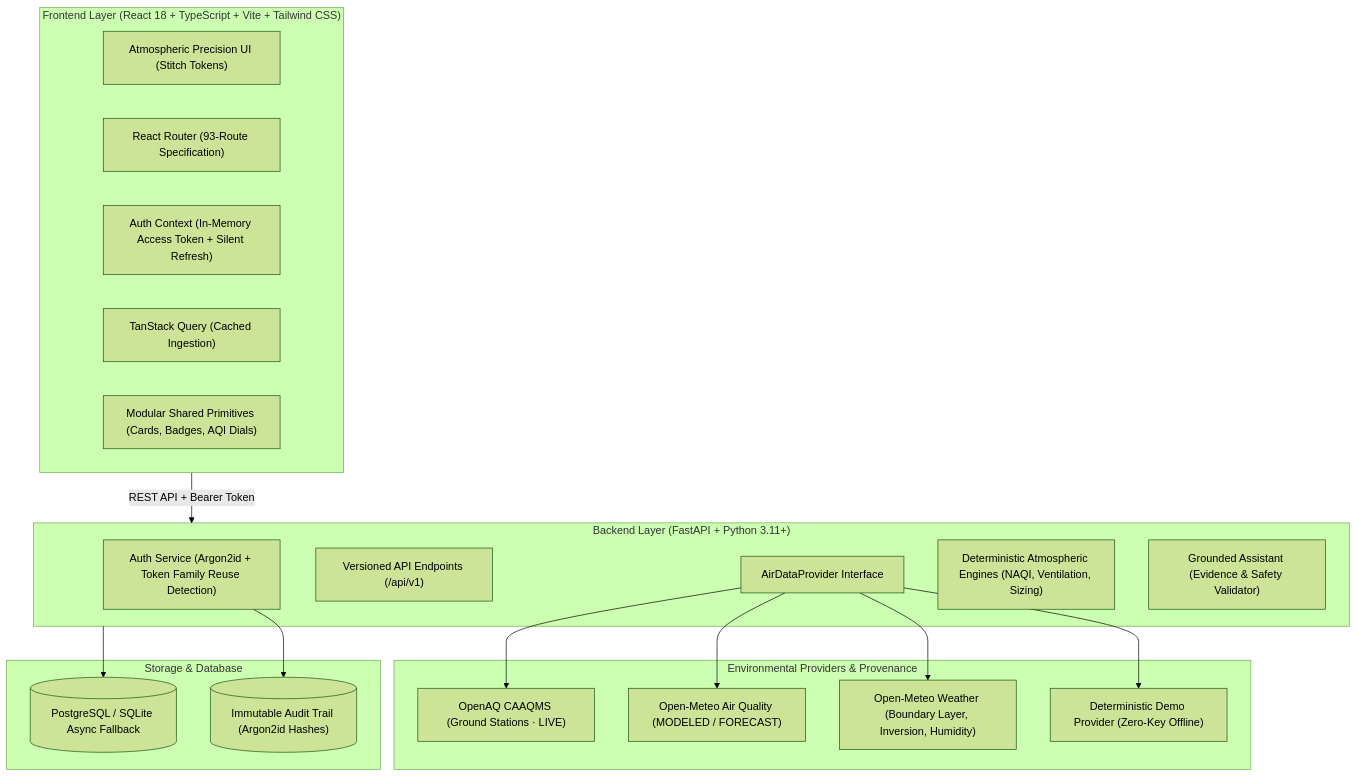
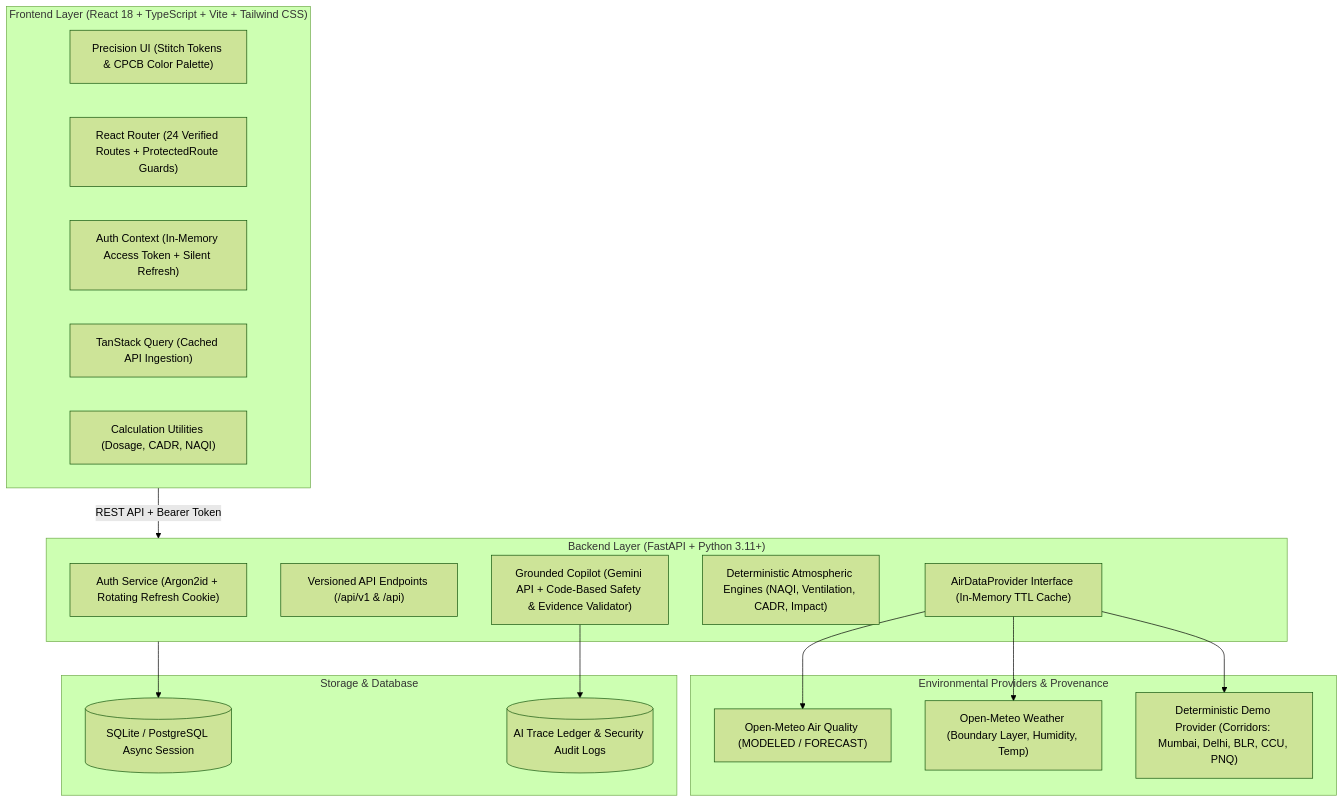
Before and after one commit to mrigeshkoyande/breatheiq: the diagram in README.md, drawn with Mermaid (forest theme). The commit also changed other lines of this file and 10 other files, not shown here.

Commit message:
docs: Phase 7 complete documentation suite, final verified ledger, and honest reporting

````diff
--- a/README.md
+++ b/README.md
@@ -50,38 +50,36 @@
 ```mermaid
 graph TD
     subgraph Frontend["Frontend Layer (React 18 + TypeScript + Vite + Tailwind CSS)"]
-        UI["Atmospheric Precision UI (Stitch Tokens)"]
-        ROUTER["React Router (93-Route Specification)"]
+        UI["Precision UI (Stitch Tokens & CPCB Color Palette)"]
+        ROUTER["React Router (24 Verified Routes + ProtectedRoute Guards)"]
         AUTH_CTX["Auth Context (In-Memory Access Token + Silent Refresh)"]
-        QUERY["TanStack Query (Cached Ingestion)"]
-        COMPONENTS["Modular Shared Primitives (Cards, Badges, AQI Dials)"]
+        QUERY["TanStack Query (Cached API Ingestion)"]
+        UTILS["Calculation Utilities (Dosage, CADR, NAQI)"]
     end
 
     subgraph Backend["Backend Layer (FastAPI + Python 3.11+)"]
-        AUTH_SVC["Auth Service (Argon2id + Token Family Reuse Detection)"]
-        API_ROUTER["Versioned API Endpoints (/api/v1)"]
-        DATA_LAYER["AirDataProvider Interface"]
-        ENGINES["Deterministic Atmospheric Engines (NAQI, Ventilation, Sizing)"]
-        COPILOT["Grounded Assistant (Evidence & Safety Validator)"]
+        AUTH_SVC["Auth Service (Argon2id + Rotating Refresh Cookie)"]
+        API_ROUTER["Versioned API Endpoints (/api/v1 & /api)"]
+        DATA_LAYER["AirDataProvider Interface (In-Memory TTL Cache)"]
+        ENGINES["Deterministic Atmospheric Engines (NAQI, Ventilation, CADR, Impact)"]
+        COPILOT["Grounded Copilot (Gemini API + Code-Based Safety & Evidence Validator)"]
     end
 
     subgraph DataSources["Environmental Providers & Provenance"]
-        OPENAQ["OpenAQ CAAQMS (Ground Stations · LIVE)"]
         OPENMETEO_AQ["Open-Meteo Air Quality (MODELED / FORECAST)"]
-        OPENMETEO_WX["Open-Meteo Weather (Boundary Layer, Inversion, Humidity)"]
-        DEMO_PROV["Deterministic Demo Provider (Zero-Key Offline)"]
+        OPENMETEO_WX["Open-Meteo Weather (Boundary Layer, Humidity, Temp)"]
+        DEMO_PROV["Deterministic Demo Provider (Corridors: Mumbai, Delhi, BLR, CCU, PNQ)"]
     end
 
     subgraph Persistence["Storage & Database"]
-        DB[(PostgreSQL / SQLite Async Fallback)]
-        AUDIT_LOGS[("Immutable Audit Trail (Argon2id Hashes)")]
+        DB[(SQLite / PostgreSQL Async Session)]
+        AI_TRACES[("AI Trace Ledger & Security Audit Logs")]
     end
 
     Frontend -->|REST API + Bearer Token| Backend
-    DATA_LAYER --> OPENAQ
     DATA_LAYER --> OPENMETEO_AQ
     DATA_LAYER --> OPENMETEO_WX
     DATA_LAYER --> DEMO_PROV
     Backend --> DB
-    AUTH_SVC --> AUDIT_LOGS
+    COPILOT --> AI_TRACES
 ```
````
